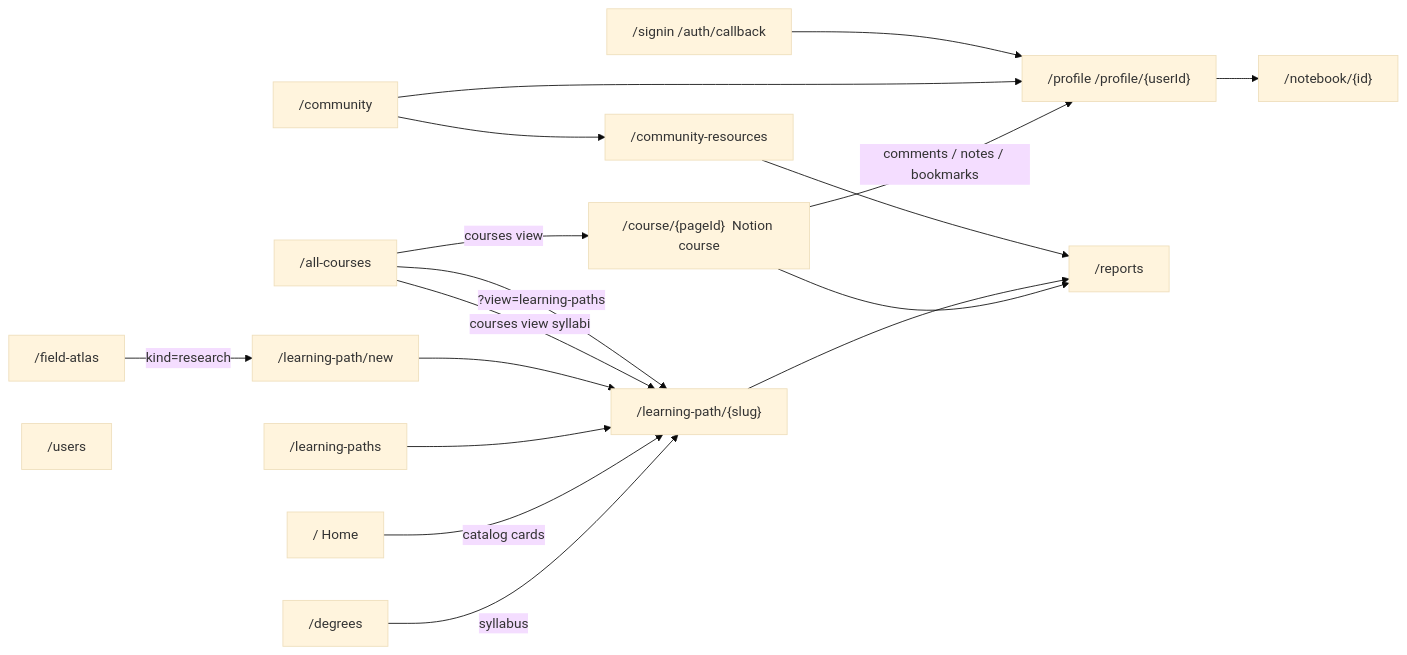
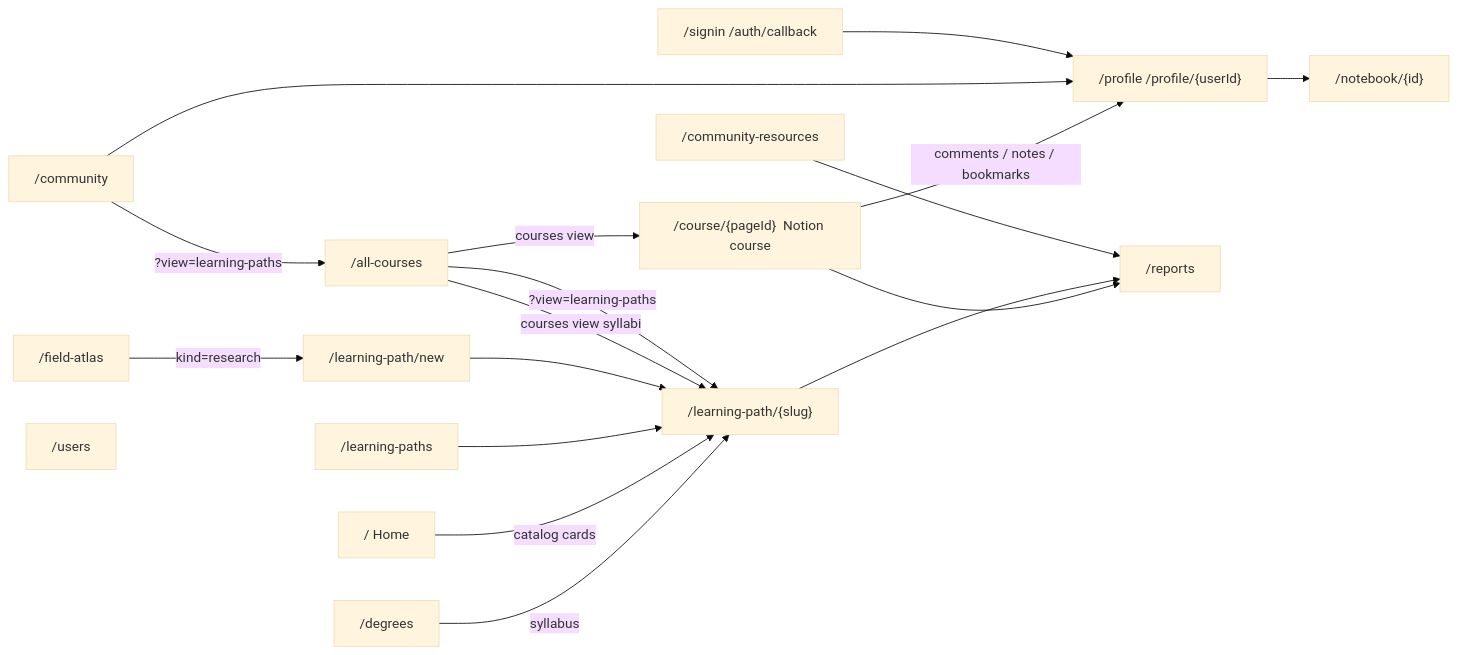
Before and after one commit to coursetexts/notion-site: the second of 4 diagrams in docs/architecture.md, drawn with Mermaid (base theme). The commit also changed other lines of this file and 36 other files, not shown here.

````diff
--- a/docs/architecture.md
+++ b/docs/architecture.md
@@ -89,35 +89,35 @@
 ```mermaid
 flowchart LR
   Home["/  Home"]
   Course["/course/{pageId}  Notion course"]
   All["/all-courses"]
   Degrees["/degrees"]
   LP["/learning-path/{slug}"]
   LPNew["/learning-path/new"]
   LPIndex["/learning-paths"]
   Atlas["/field-atlas"]
   Community["/community"]
   Resources["/community-resources"]
   Profile["/profile  /profile/{userId}"]
   Users["/users"]
   Reports["/reports"]
   Notebook["/notebook/{id}"]
   Signin["/signin  /auth/callback"]
 
   Degrees -->|"syllabus"| LP
   Home -->|"catalog cards"| LP
   LPIndex --> LP
   LPNew --> LP
   Atlas -->|"kind=research"| LPNew
   All -->|"courses view"| Course
   All -->|"courses view syllabi"| LP
   All -->|"?view=learning-paths"| LP
-  Community --> Resources
+  Community -->|"?view=learning-paths"| All
   Course --> Reports
   LP --> Reports
   Resources --> Reports
   Course -->|"comments / notes / bookmarks"| Profile
   Community --> Profile
   Profile --> Notebook
   Signin --> Profile
 ```
````
